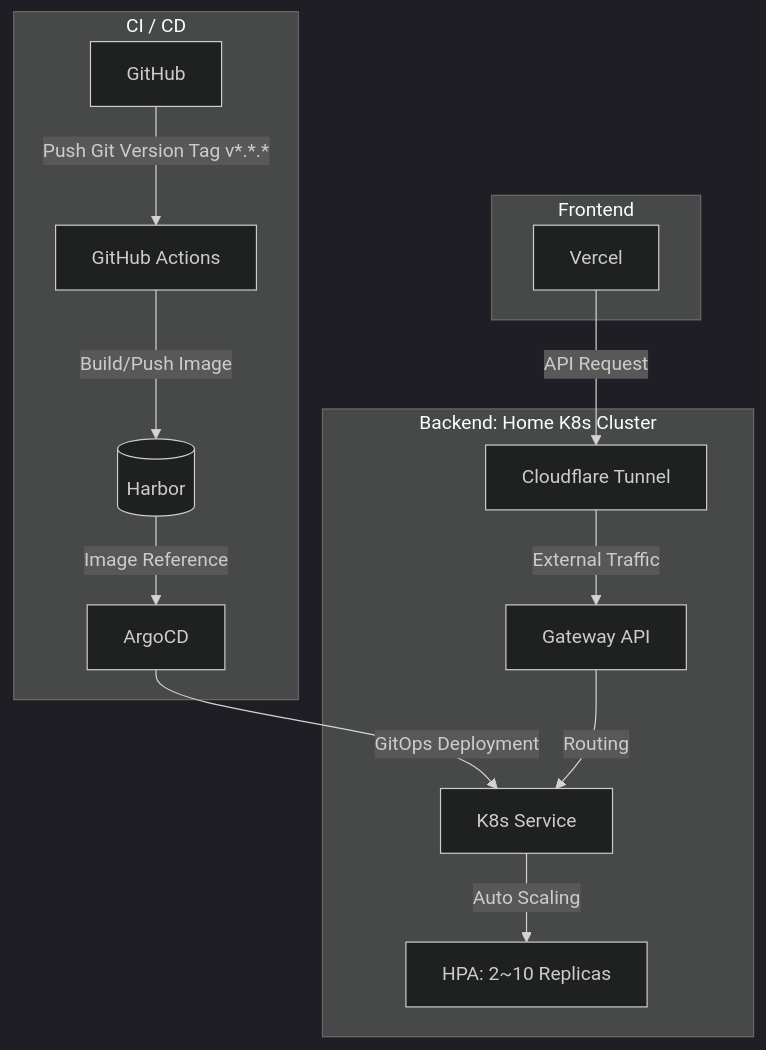
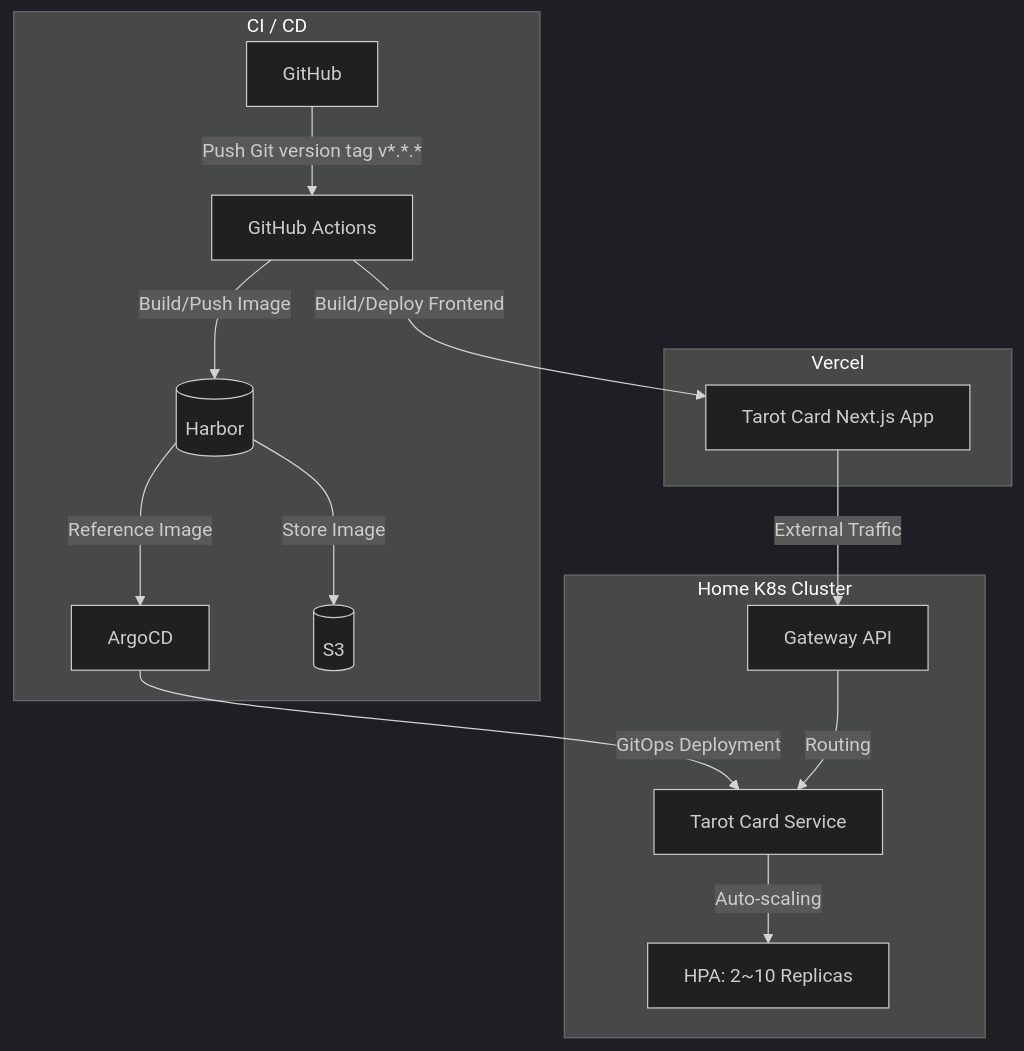
The third of 3 diagrams in src/content/blog/en/tarot-deep-dive.md (mandacode-labs/mandacode-devs), drawn with Mermaid (dark theme) before and after one commit. The commit also changed other lines of this file and 7 other files, not shown here.

````diff
--- a/src/content/blog/en/tarot-deep-dive.md
+++ b/src/content/blog/en/tarot-deep-dive.md
@@ -94,33 +94,36 @@
 ```mermaid
 flowchart TD
-    subgraph Front["Frontend"]
-        Vercel[Vercel]
+    subgraph Front["Vercel"]
+        Vercel[Tarot Card Next.js App]
     end
     
     subgraph CICD["CI / CD"]
         GH[GitHub]
         Actions[GitHub Actions]
         Harbor[(Harbor)]
         ArgoCD[ArgoCD]
+        S3[(S3)]
     end
     
-    subgraph K8s["Backend: Home K8s Cluster"]
-        Tunnel[Cloudflare Tunnel]
+    subgraph K8s["Home K8s Cluster"]
         GW[Gateway API]
-        Service[K8s Service]
+        Service[Tarot Card Service]
         HPA[HPA: 2~10 Replicas]
     end
 
-    %% Pipeline Flow
-    GH -->|Push Git Version Tag v*.*.*| Actions
+    %% Deployment pipeline flow
+    GH -->|Push Git version tag v*.*.*| Actions
     Actions -->|Build/Push Image| Harbor
-    Harbor -->|Image Reference| ArgoCD
+    Harbor -->|Store Image| S3
+    Harbor -->|Reference Image| ArgoCD
     ArgoCD -->|GitOps Deployment| Service
+
+    %% Frontend pipeline flow
+    Actions -->|Build/Deploy Frontend| Vercel
     
-    %% Traffic Flow
-    Vercel -->|API Request| Tunnel
-    Tunnel -->|External Traffic| GW
+    %% Traffic flow
+    Vercel --> |External Traffic| GW
     GW -->|Routing| Service
-    Service -->|Auto Scaling| HPA
+    Service -->|Auto-scaling| HPA
 
 ```
````
